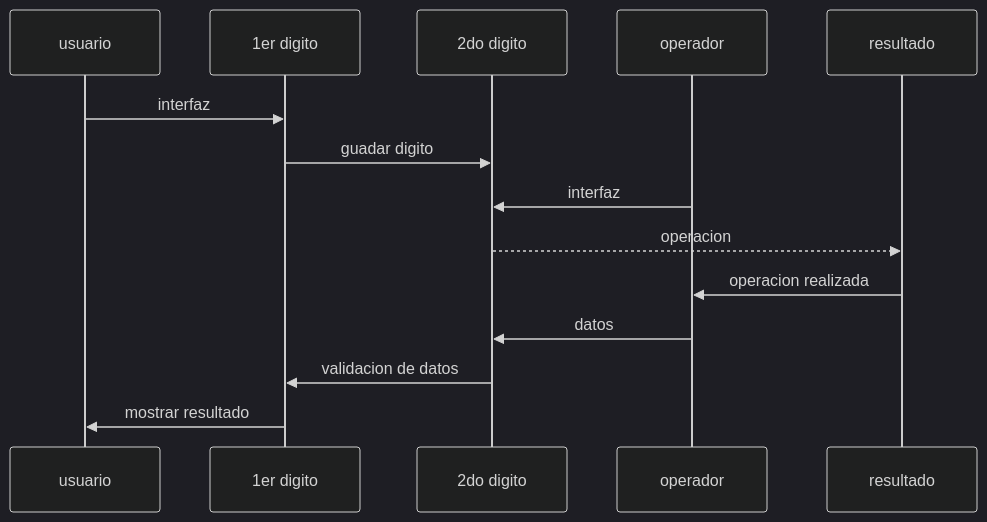
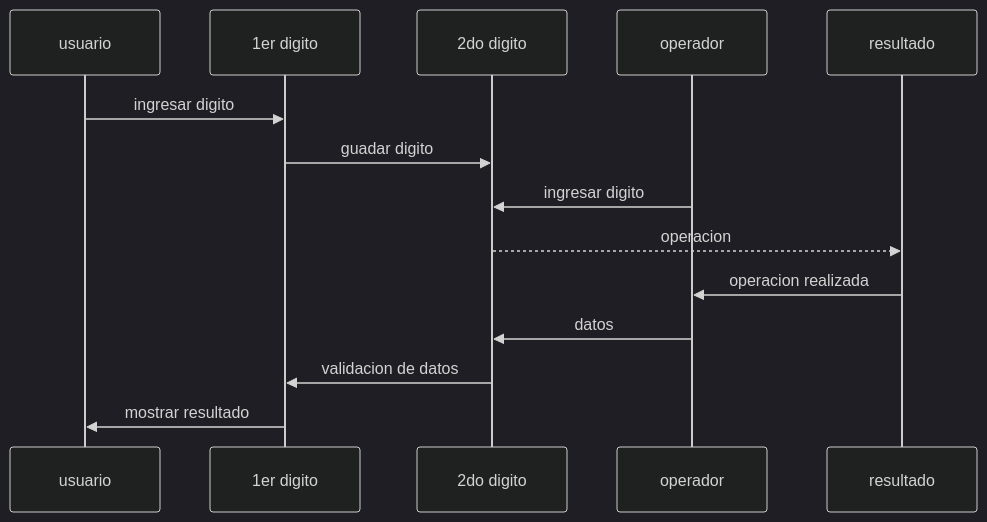
Before and after one commit to PaolaVPV/diagrama: the diagram in README.md, drawn with Mermaid (dark theme).

````diff
--- a/README.md
+++ b/README.md
@@ -3,11 +3,11 @@
 ```mermaid
 sequenceDiagram
-    usuario->>1er digito: interfaz
+    usuario->>1er digito: ingresar digito
     1er digito->>2do digito: guadar digito
-    operador->>2do digito: interfaz
+    operador->>2do digito: ingresar digito
     2do digito-->>resultado: operacion
     resultado->>operador: operacion realizada
     operador->>2do digito: datos
     2do digito->>1er digito: validacion de datos
     1er digito->>usuario: mostrar resultado 
 ```
````
